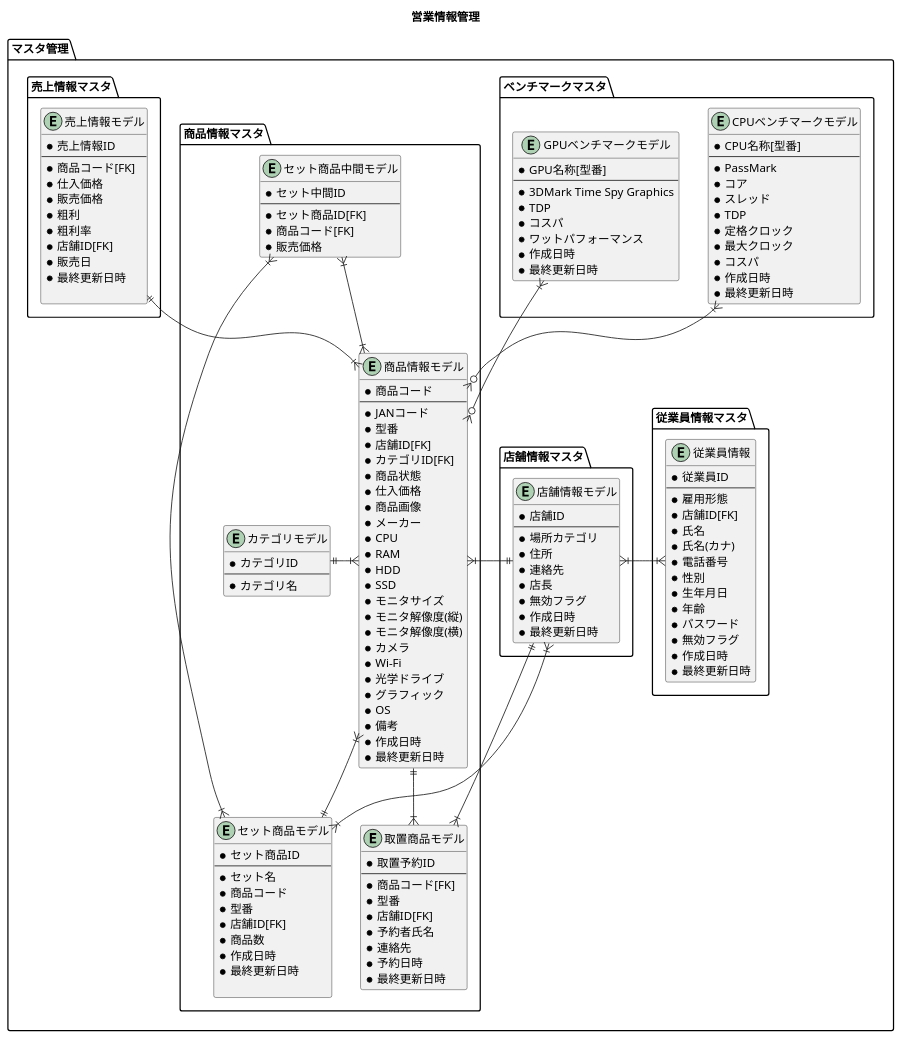
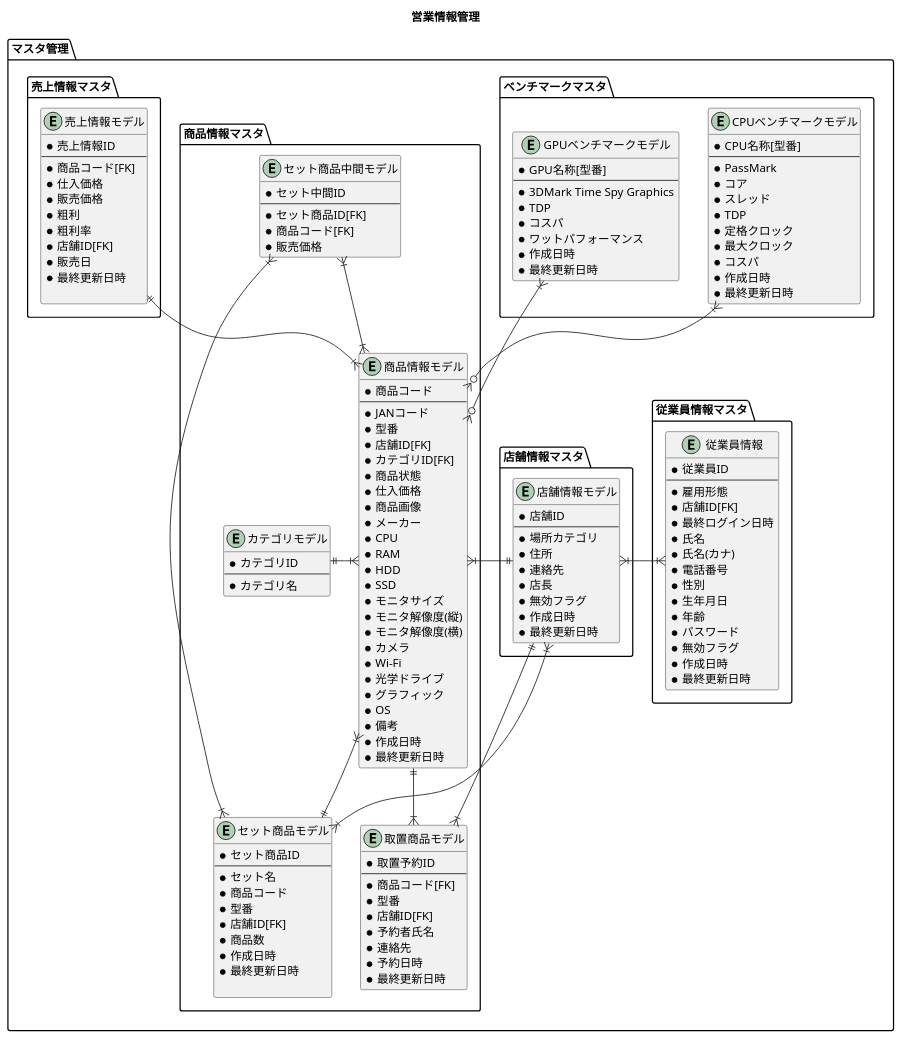
Before and after one commit to HaruShim/Sotuken: the diagram in 各種設計書/5クラス図/ER図.plantuml, drawn with PlantUML.

```diff
--- a/各種設計書/5クラス図/ER図.plantuml
+++ b/各種設計書/5クラス図/ER図.plantuml
@@ -12,6 +12,7 @@
       *雇用形態
       ' 0 : 管理者  1 : 正規社員  2 : 非正規社員
       *店舗ID[FK]
+      *最終ログイン日時
       *氏名
       *氏名(カナ)
       *電話番号
```
